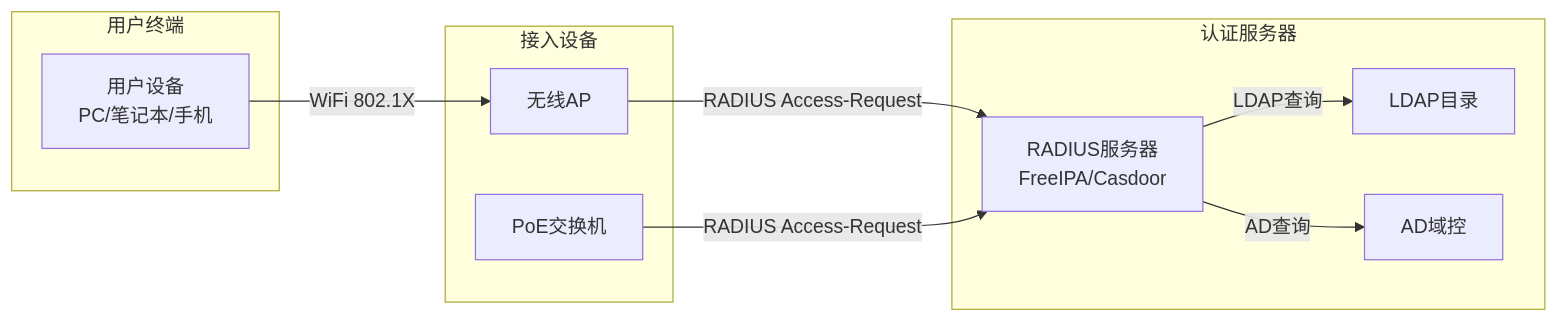
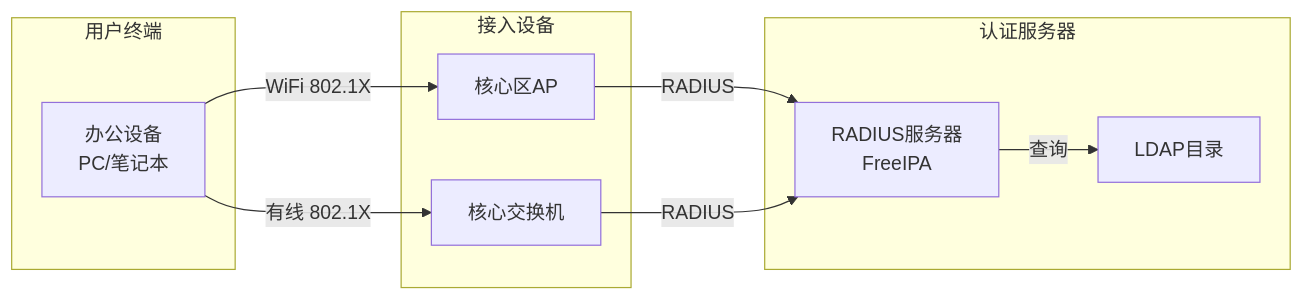
One commit to stars-labs/full-it-infra-design-docs changed the third of 3 diagrams in docs/network-architecture.md. Above: the diagram before and after it, drawn with Mermaid. The commit also changed other lines of this file, not shown here.

Commit message:
Update network architecture: distinguish core zone (RADIUS+Port Mirror+DLP) from normal zone (普通WiFi)

````diff
--- a/docs/network-architecture.md
+++ b/docs/network-architecture.md
@@ -95,23 +205,22 @@
 ```mermaid
 graph LR
     subgraph "用户终端"
-        USER[用户设备<br/>PC/笔记本/手机]
+        USER[办公设备<br/>PC/笔记本]
     end
 
     subgraph "接入设备"
-        AP[无线AP]
-        SWITCH[PoE交换机]
+        AP[核心区AP]
+        SWITCH[核心交换机]
     end
 
     subgraph "认证服务器"
-        RADIUS[RADIUS服务器<br/>FreeIPA/Casdoor]
+        RADIUS[RADIUS服务器<br/>FreeIPA]
         LDAP[LDAP目录]
-        AD[AD域控]
     end
 
     USER -->|WiFi 802.1X| AP
-    AP -->|RADIUS Access-Request| RADIUS
-    SWITCH -->|RADIUS Access-Request| RADIUS
-    RADIUS -->|LDAP查询| LDAP
-    RADIUS -->|AD查询| AD
+    USER -->|有线 802.1X| SWITCH
+    AP -->|RADIUS| RADIUS
+    SWITCH -->|RADIUS| RADIUS
+    RADIUS -->|查询| LDAP
 ```
````
